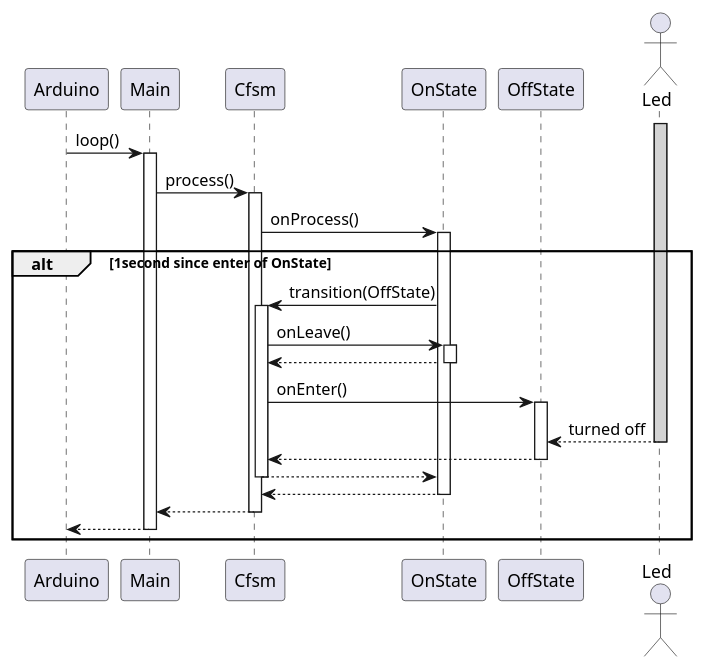
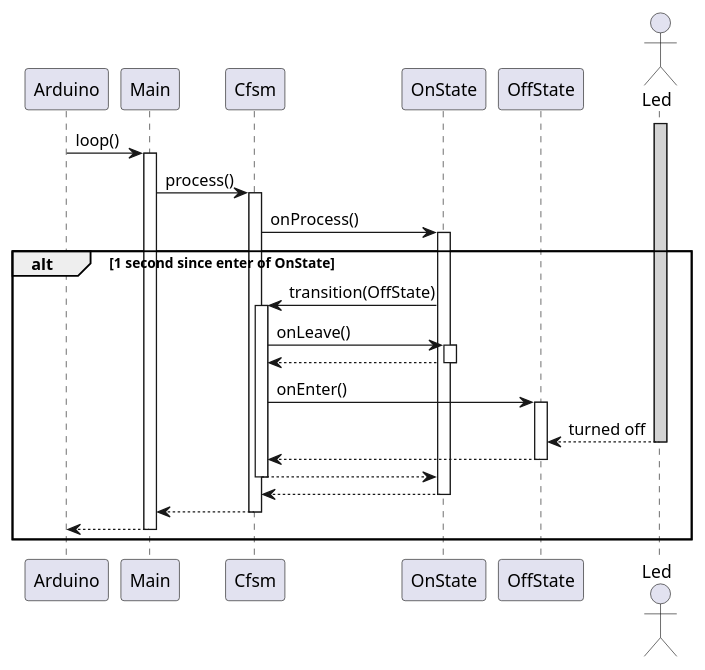
Before and after one commit to nhjschulz/cfsm: the diagram in examples/UnoBlink/doc/BlinkOnToOff.puml, drawn with PlantUML. The commit also changed 3 other files, not shown here.

```diff
--- a/examples/UnoBlink/doc/BlinkOnToOff.puml
+++ b/examples/UnoBlink/doc/BlinkOnToOff.puml
@@ -1,26 +1,26 @@
 @startuml CFSM stateAlias1 --> stateAlias2 : messageOrCond2 <<stereotype1>>
 autoactivate on
 
 participant Arduino
 participant Main
 participant Cfsm
 participant OnState
 participant OffState
 Actor Led
 activate Led #LightGray
 Arduino -> Main : loop()
 Main -> Cfsm : process()
 Cfsm -> OnState : onProcess()
-alt 1second since enter of OnState
+alt 1 second since enter of OnState
     OnState -> Cfsm: transition(OffState)
     Cfsm -> OnState: onLeave()
     Cfsm <-- OnState
     Cfsm -> OffState : onEnter()
     OffState <-- Led : turned off
     Cfsm <-- OffState
     Cfsm --> OnState
     Cfsm <-- OnState
     Main <-- Cfsm
     Arduino <-- Main
 end
 @enduml
```
